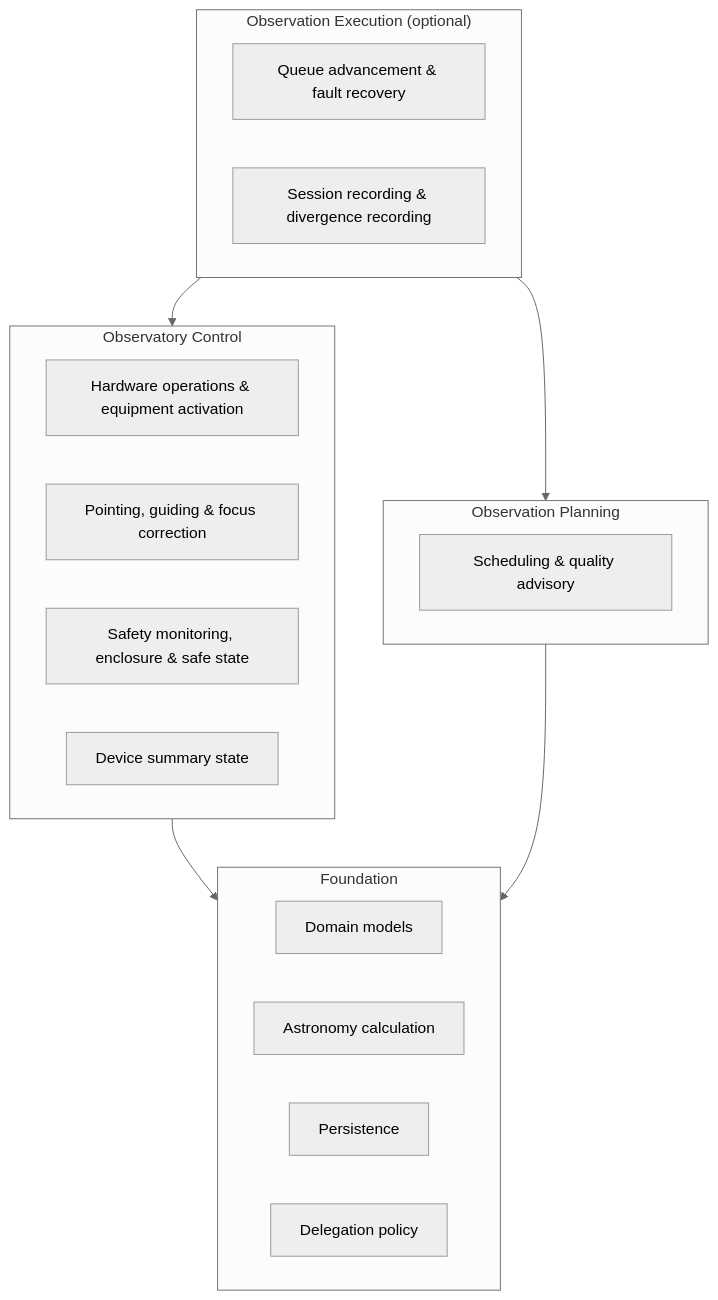
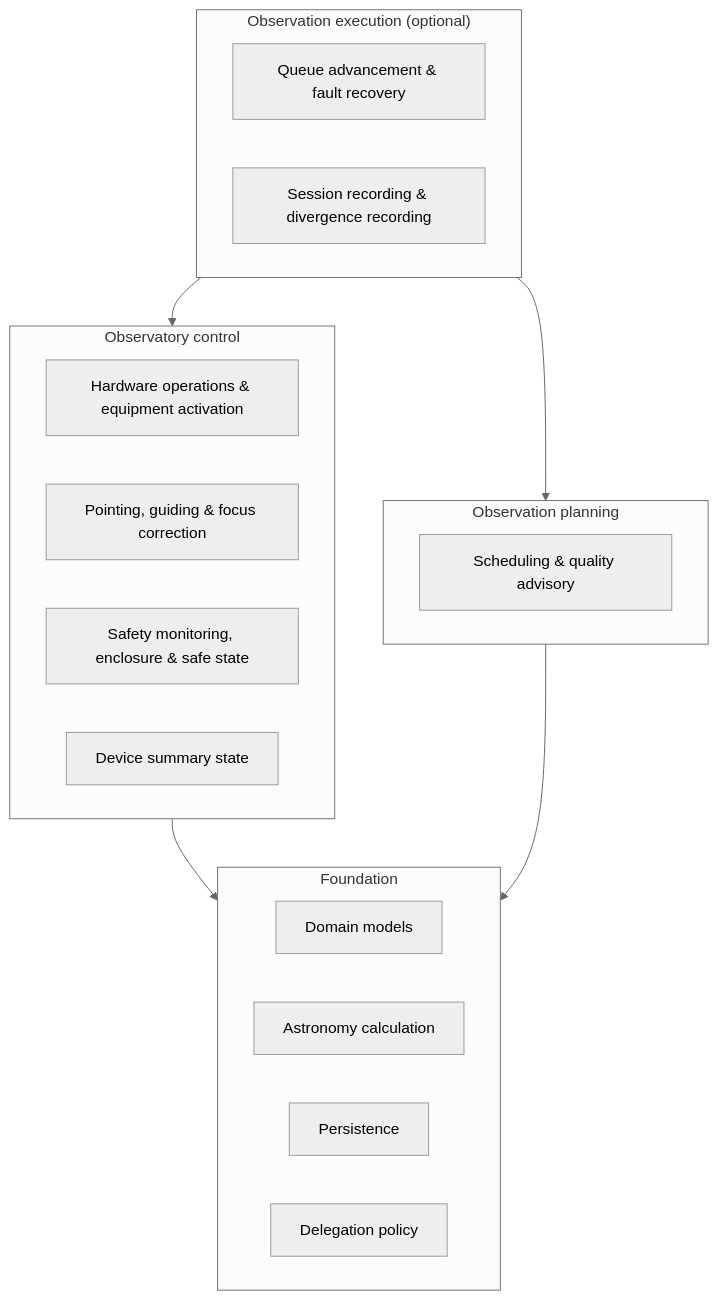
The first of 2 diagrams in documentation/library_design/Wayfinding_Library_Architecture.md (m1chae2/astrometrics), drawn with Mermaid (neutral theme) before and after one commit. The commit also changed other lines of this file and 281 other files, not shown here.

````diff
--- a/documentation/library_design/Wayfinding_Library_Architecture.md
+++ b/documentation/library_design/Wayfinding_Library_Architecture.md
@@ -25,26 +33,26 @@
 ```mermaid
 flowchart TB
-    subgraph EXEC["Observation Execution (optional)"]
+    subgraph EXEC["Observation execution (optional)"]
         RUN["Queue advancement & fault recovery"]
         REC["Session recording & divergence recording"]
     end
-    subgraph CTRL["Observatory Control"]
+    subgraph CTRL["Observatory control"]
         HW["Hardware operations & equipment activation"]
         CORR["Pointing, guiding & focus correction"]
         SAFE["Safety monitoring, enclosure & safe state"]
         DEV["Device summary state"]
     end
-    subgraph PLAN["Observation Planning"]
+    subgraph PLAN["Observation planning"]
         SCHED["Scheduling & quality advisory"]
     end
     subgraph FOUND["Foundation"]
         MODELS["Domain models"]
         ASTRO["Astronomy calculation"]
         PERSIST["Persistence"]
         DELEG["Delegation policy"]
     end
     EXEC --> CTRL
     EXEC --> PLAN
     CTRL --> FOUND
     PLAN --> FOUND
 ```
````
